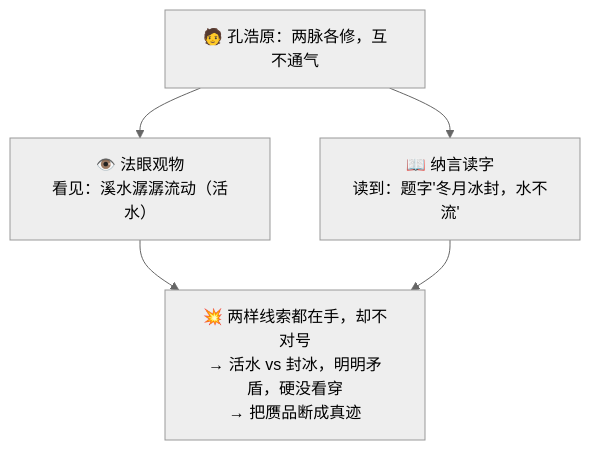
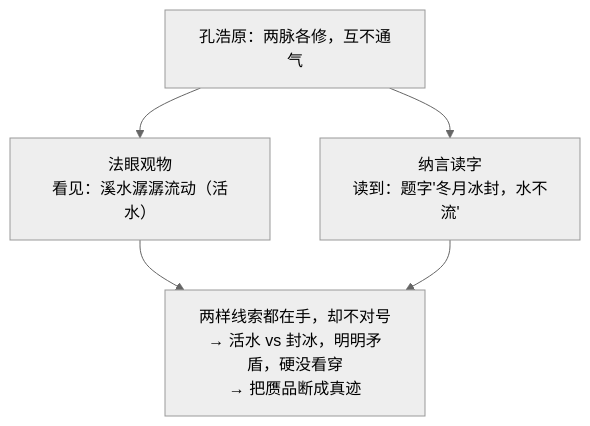
One commit to luckykhy/KhyAiHub changed the first of 3 diagrams in docs/09_STORY_修仙学AI/STORY-番外/[STORY-番外-113] 番外14·六识同参·眼耳互通.md. Above: the diagram before and after it, drawn with Mermaid (neutral theme). The commit also changed other lines of this file and 19 other files, not shown here.

````diff
--- a/docs/09_STORY_修仙学AI/STORY-番外/[STORY-番外-113] 番外14·六识同参·眼耳互通.md
+++ b/docs/09_STORY_修仙学AI/STORY-番外/[STORY-番外-113] 番外14·六识同参·眼耳互通.md
@@ -33,7 +33,7 @@
 ```mermaid
 flowchart TB
-  YE["🧑 孔浩原：两脉各修，互不通气"] --> EYE["👁️ 法眼观物<br/>看见：溪水潺潺流动（活水）"]
-  YE --> EAR["📖 纳言读字<br/>读到：题字'冬月冰封，水不流'"]
-  EYE --> MESS["💥 两样线索都在手，却不对号<br/>→ 活水 vs 封冰，明明矛盾，硬没看穿<br/>→ 把赝品断成真迹"]
+  YE["孔浩原：两脉各修，互不通气"] --> EYE["法眼观物<br/>看见：溪水潺潺流动（活水）"]
+  YE --> EAR["纳言读字<br/>读到：题字'冬月冰封，水不流'"]
+  EYE --> MESS["两样线索都在手，却不对号<br/>→ 活水 vs 封冰，明明矛盾，硬没看穿<br/>→ 把赝品断成真迹"]
   EAR --> MESS
 ```
````
